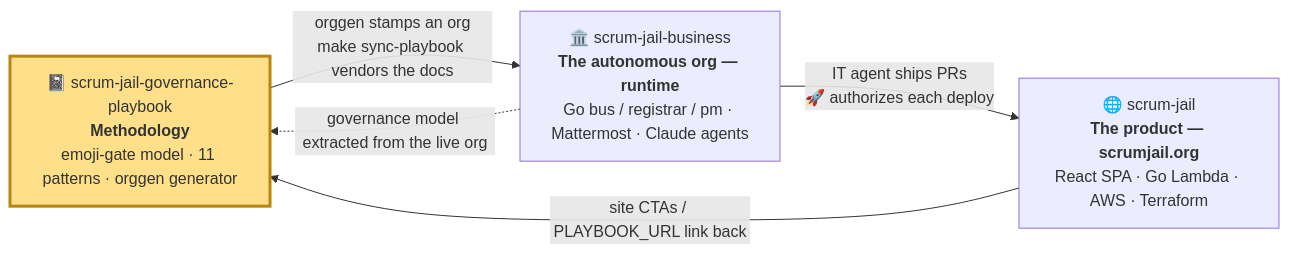
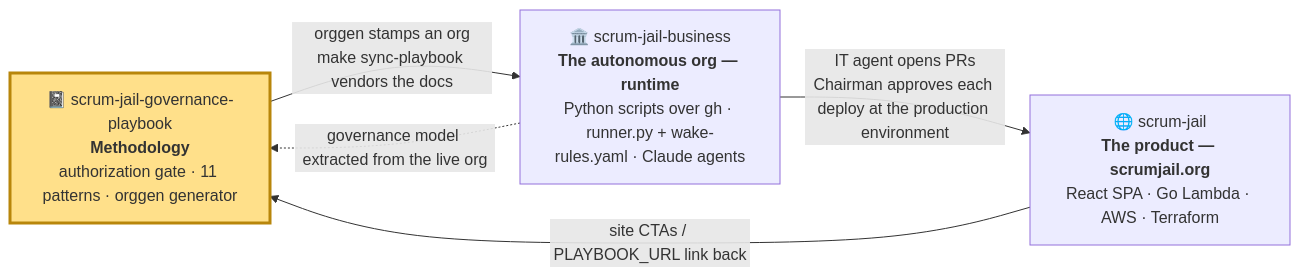
One commit to johnplantada/scrum-jail-governance-playbook changed the first of 10 diagrams in docs/ARCHITECTURE.md. Above: the diagram before and after it, drawn with Mermaid. The commit also changed other lines of this file and 15 other files, not shown here.

````diff
--- a/docs/ARCHITECTURE.md
+++ b/docs/ARCHITECTURE.md
@@ -21,13 +23,13 @@
 ```mermaid
 flowchart LR
-    GP["📓 scrum-jail-governance-playbook<br/><b>Methodology</b><br/>emoji-gate model · 11 patterns · orggen generator"]
-    BIZ["🏛️ scrum-jail-business<br/><b>The autonomous org — runtime</b><br/>Go bus / registrar / pm · Mattermost · Claude agents"]
+    GP["📓 scrum-jail-governance-playbook<br/><b>Methodology</b><br/>authorization gate · 11 patterns · orggen generator"]
+    BIZ["🏛️ scrum-jail-business<br/><b>The autonomous org — runtime</b><br/>Python scripts over gh · runner.py + wake-rules.yaml · Claude agents"]
     PROD["🌐 scrum-jail<br/><b>The product — scrumjail.org</b><br/>React SPA · Go Lambda · AWS · Terraform"]
 
     GP -->|"orggen stamps an org<br/>make sync-playbook vendors the docs"| BIZ
-    BIZ -->|"IT agent ships PRs<br/>🚀 authorizes each deploy"| PROD
+    BIZ -->|"IT agent opens PRs<br/>Chairman approves each deploy at the production environment"| PROD
     PROD -->|"site CTAs / PLAYBOOK_URL link back"| GP
     BIZ -.->|"governance model extracted from the live org"| GP
 
     style GP fill:#ffe08a,stroke:#b8860b,stroke-width:3px
 ```
````
